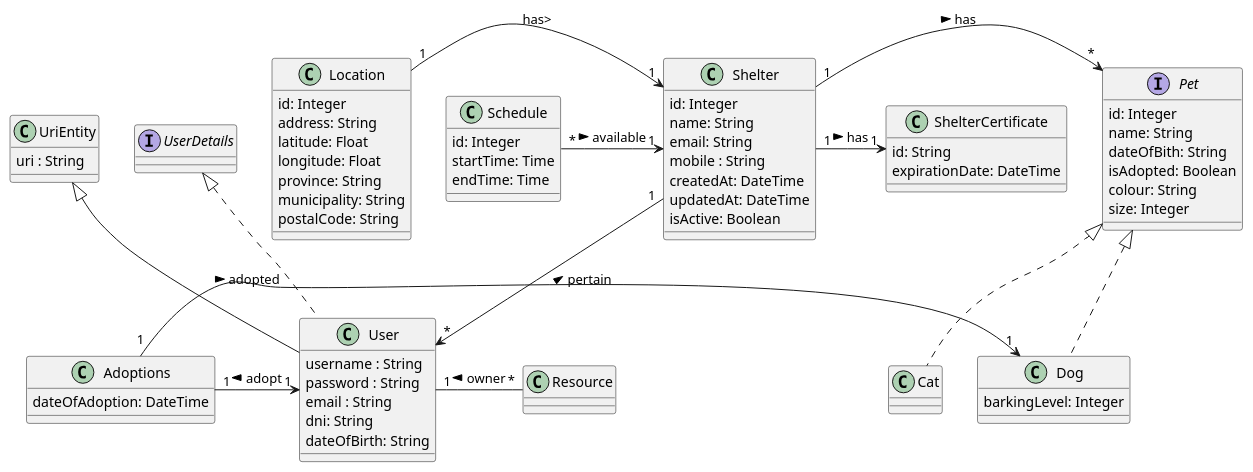
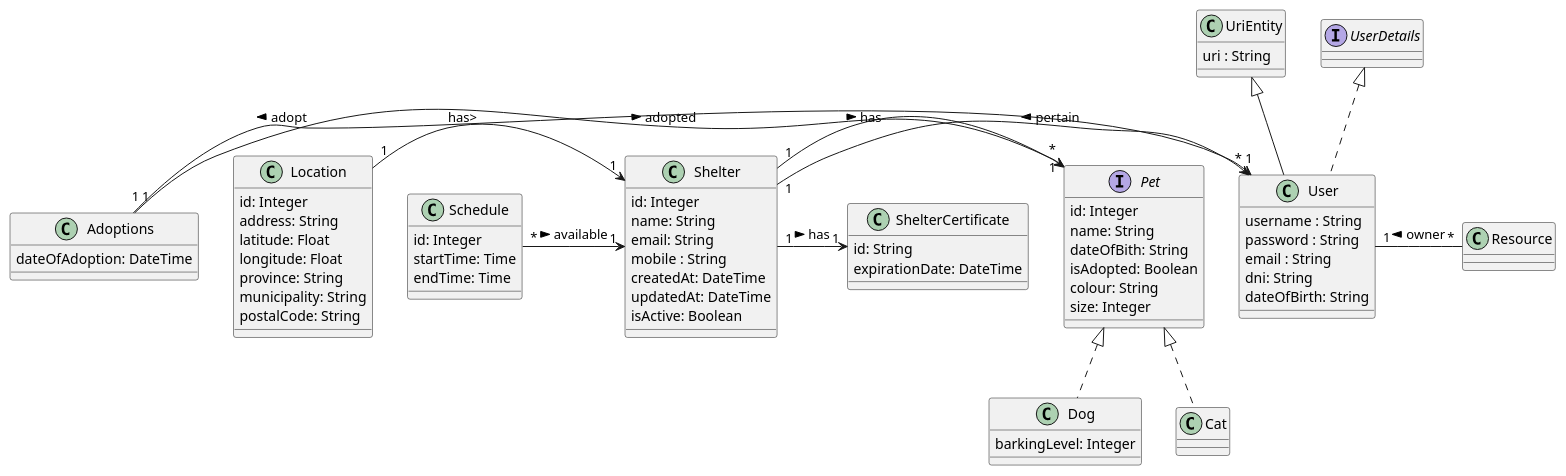
One commit to UdL-EPS-SoftArch/mypets-geiade-api changed the diagram in EntitiesModel.puml. Above: the diagram before and after it, drawn with PlantUML.

Commit message:
Pet relation added

```diff
--- a/EntitiesModel.puml
+++ b/EntitiesModel.puml
@@ -1,75 +1,75 @@
 @startuml
 class User extends UriEntity implements UserDetails {
   username : String
   password : String
   email : String
   dni: String
   dateOfBirth: String
 }
 
 
 class UriEntity {
   uri : String
 }
 interface Pet{
   id: Integer
   name: String
   dateOfBith: String
   isAdopted: Boolean
   colour: String
   size: Integer
 }
 class Dog implements Pet {
     barkingLevel: Integer
 }
 
 class Cat implements Pet {
 
 }
 
 class Shelter {
   id: Integer
   name: String
   email: String
   mobile : String
   createdAt: DateTime
   updatedAt: DateTime
   isActive: Boolean
 }
 
 class Location {
  id: Integer
  address: String
  latitude: Float
  longitude: Float
  province: String
  municipality: String
  postalCode: String
 }
 
 class ShelterCertificate {
   id: String
   expirationDate: DateTime
 }
 
 class Schedule {
     id: Integer
     startTime: Time
     endTime: Time
 }
 
 class Adoptions {
     dateOfAdoption: DateTime
 }
 
 
 User "1" --right-- "*" Resource : owner <
 Location "1" -> "1" Shelter : has>
 Shelter "1" -> "*" User : < pertain
 Shelter "1" -> "*" Pet : has >
 Shelter "1" -> "1" ShelterCertificate : has >
 Schedule "*" -> "1" Shelter :available >
 
-Adoptions "1" -> "1" Dog :adopted >
+Adoptions "1" -> "1" Pet :adopted >
 Adoptions "1" -> "1" User :adopt <
 @enduml
```
